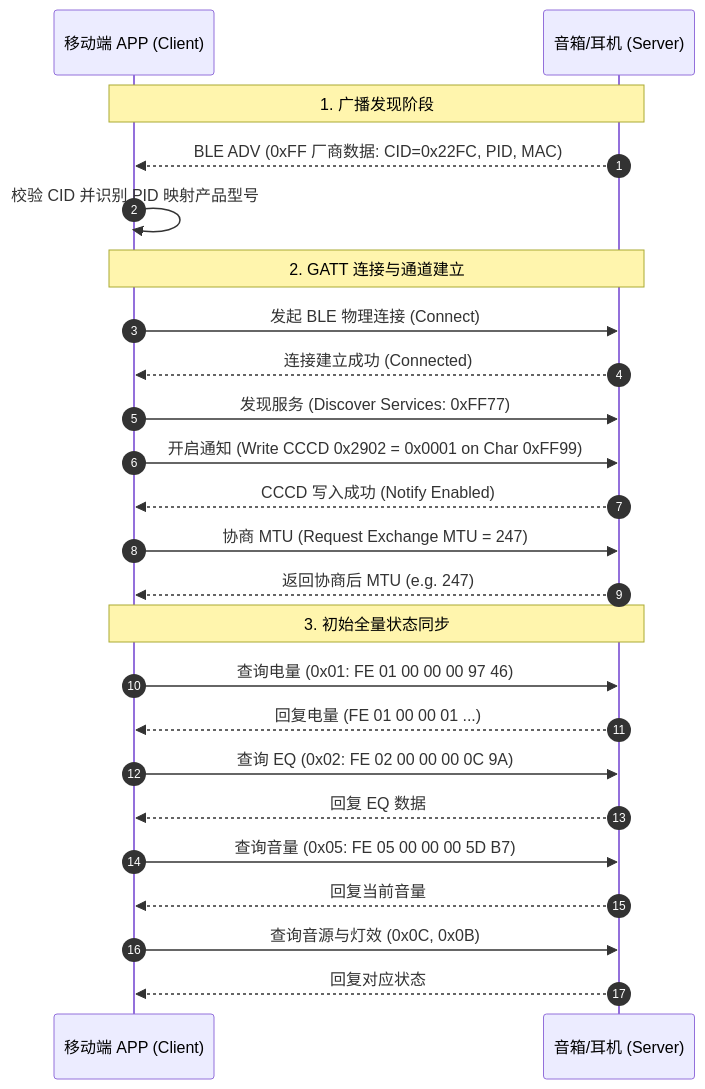
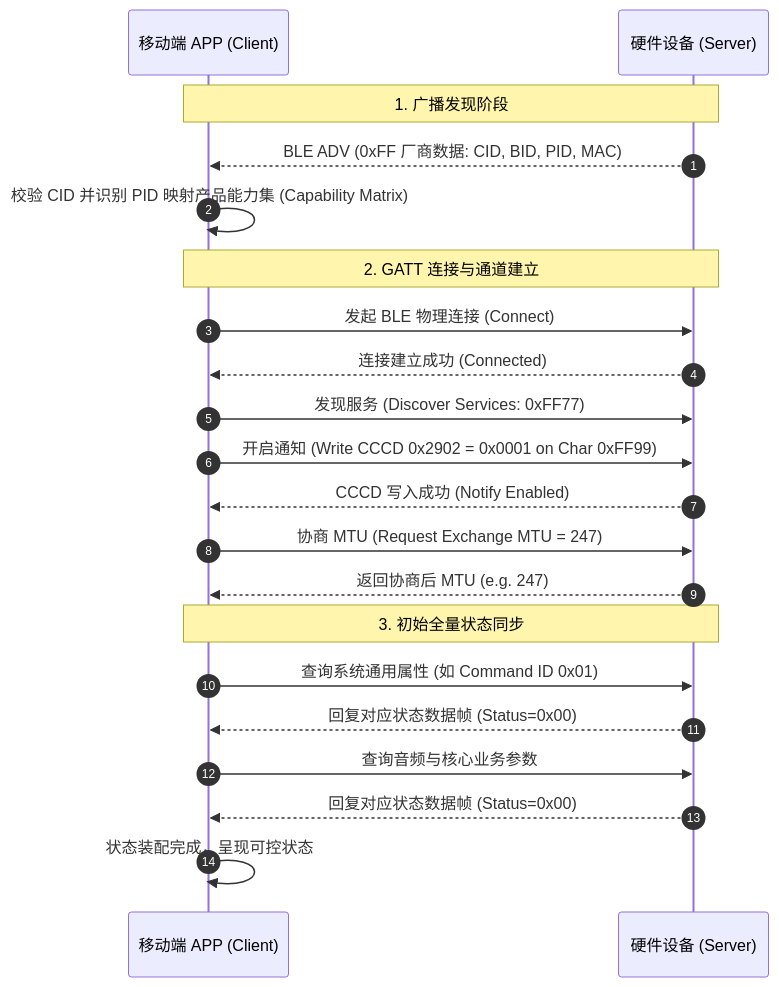
One commit to Grandboy1024/gb-project-guidelines changed the third of 5 diagrams in 1. 协议规范/BLE API 规范.md. Above: the diagram before and after it, drawn with Mermaid. The commit also changed other lines of this file and 16 other files, not shown here.

````diff
--- a/1. 协议规范/BLE API 规范.md
+++ b/1. 协议规范/BLE API 规范.md
@@ -591,29 +496,26 @@
 ```mermaid
 sequenceDiagram
     autonumber
     participant App as 移动端 APP (Client)
-    participant Dev as 音箱/耳机 (Server)
+    participant Dev as 硬件设备 (Server)
 
     Note over App,Dev: 1. 广播发现阶段
-    Dev-->>App: BLE ADV (0xFF 厂商数据: CID=0x22FC, PID, MAC)
-    App->>App: 校验 CID 并识别 PID 映射产品型号
+    Dev-->>App: BLE ADV (0xFF 厂商数据: CID, BID, PID, MAC)
+    App->>App: 校验 CID 并识别 PID 映射产品能力集 (Capability Matrix)
 
     Note over App,Dev: 2. GATT 连接与通道建立
     App->>Dev: 发起 BLE 物理连接 (Connect)
     Dev-->>App: 连接建立成功 (Connected)
     App->>Dev: 发现服务 (Discover Services: 0xFF77)
     App->>Dev: 开启通知 (Write CCCD 0x2902 = 0x0001 on Char 0xFF99)
     Dev-->>App: CCCD 写入成功 (Notify Enabled)
     App->>Dev: 协商 MTU (Request Exchange MTU = 247)
     Dev-->>App: 返回协商后 MTU (e.g. 247)
 
     Note over App,Dev: 3. 初始全量状态同步
-    App->>Dev: 查询电量 (0x01: FE 01 00 00 00 97 46)
-    Dev-->>App: 回复电量 (FE 01 00 00 01 ...)
-    App->>Dev: 查询 EQ (0x02: FE 02 00 00 00 0C 9A)
-    Dev-->>App: 回复 EQ 数据
-    App->>Dev: 查询音量 (0x05: FE 05 00 00 00 5D B7)
-    Dev-->>App: 回复当前音量
-    App->>Dev: 查询音源与灯效 (0x0C, 0x0B)
-    Dev-->>App: 回复对应状态
+    App->>Dev: 查询系统通用属性 (如 Command ID 0x01)
+    Dev-->>App: 回复对应状态数据帧 (Status=0x00)
+    App->>Dev: 查询音频与核心业务参数
+    Dev-->>App: 回复对应状态数据帧 (Status=0x00)
+    App->>App: 状态装配完成，呈现可控状态
 ```
````
